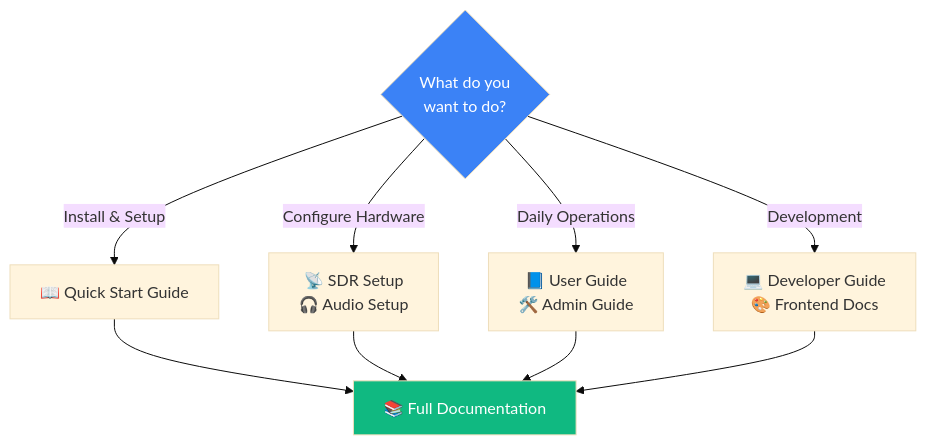
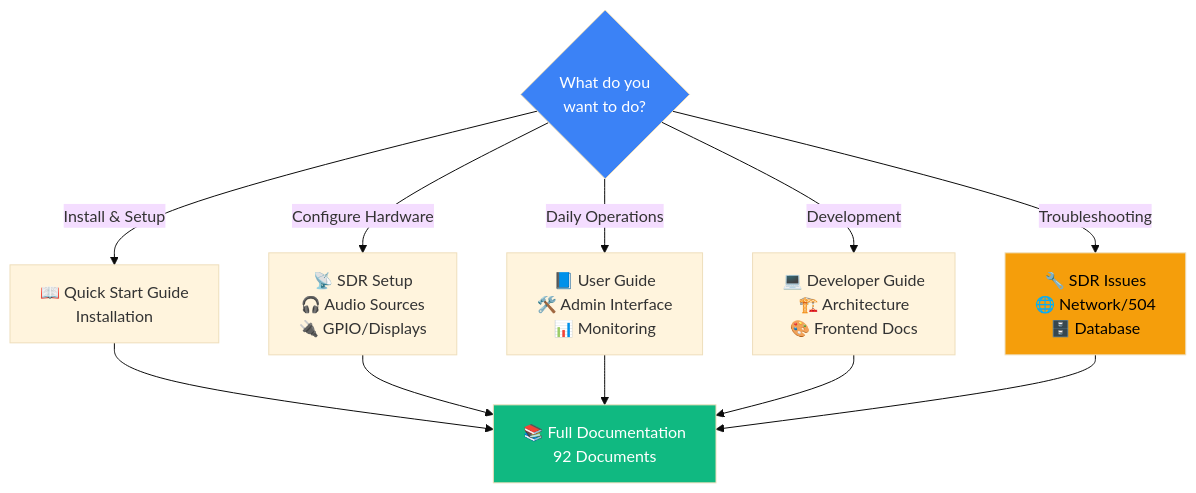
The second of 3 diagrams in README.md (chelstein/eas-station), drawn with Mermaid (base theme) before and after one commit. The commit also changed other lines of this file and 2 other files, not shown here.

Commit message:
Update README diagrams and add comprehensive technology stack

````diff
--- a/README.md
+++ b/README.md
@@ -220,16 +255,19 @@
 ```mermaid
 graph TD
     START{What do you<br/>want to do?}
-    START -->|Install & Setup| SETUP[📖 Quick Start Guide]
-    START -->|Configure Hardware| HW[📡 SDR Setup<br/>🎧 Audio Setup]
-    START -->|Daily Operations| OPS[📘 User Guide<br/>🛠️ Admin Guide]
-    START -->|Development| DEV[💻 Developer Guide<br/>🎨 Frontend Docs]
+    START -->|Install & Setup| SETUP[📖 Quick Start Guide<br/>Installation]
+    START -->|Configure Hardware| HW[📡 SDR Setup<br/>🎧 Audio Sources<br/>🔌 GPIO/Displays]
+    START -->|Daily Operations| OPS[📘 User Guide<br/>🛠️ Admin Interface<br/>📊 Monitoring]
+    START -->|Development| DEV[💻 Developer Guide<br/>🏗️ Architecture<br/>🎨 Frontend Docs]
+    START -->|Troubleshooting| TROUBLE[🔧 SDR Issues<br/>🌐 Network/504<br/>🗄️ Database]
 
-    SETUP --> DOCS[📚 Full Documentation]
+    SETUP --> DOCS[📚 Full Documentation<br/>92 Documents]
     HW --> DOCS
     OPS --> DOCS
     DEV --> DOCS
+    TROUBLE --> DOCS
 
     style START fill:#3b82f6,color:#fff
     style DOCS fill:#10b981,color:#fff
+    style TROUBLE fill:#f59e0b,color:#000
 ```
````
